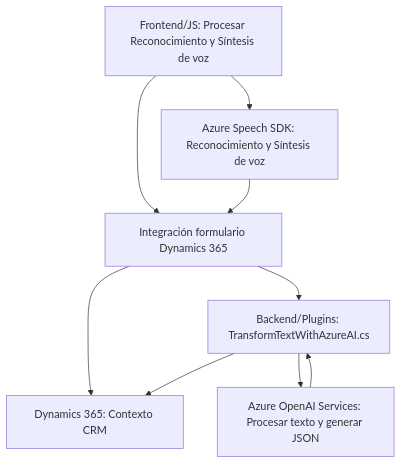
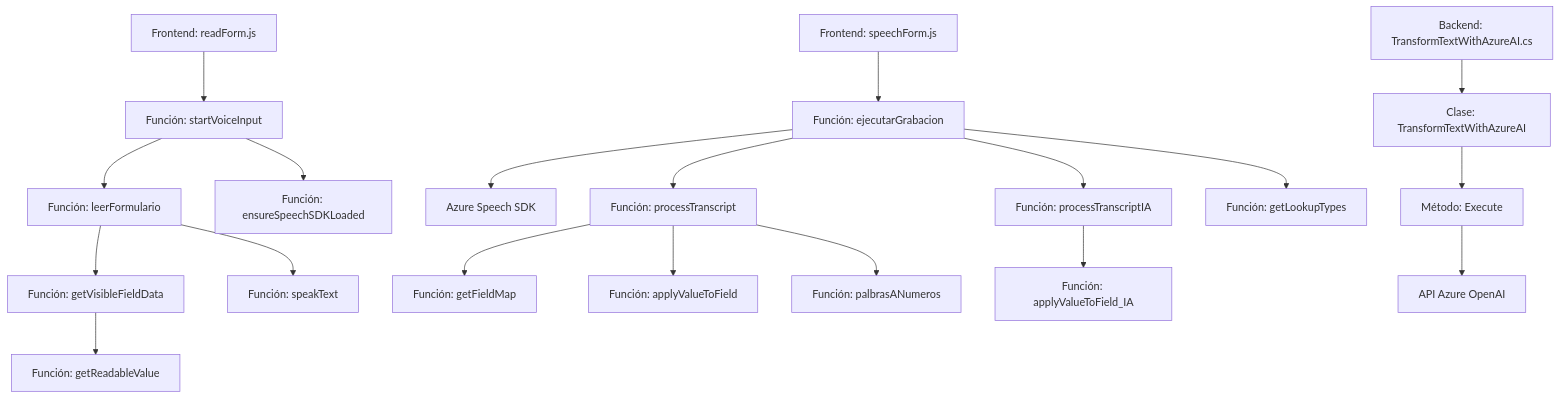
The diagram in README.md (blopezdm/NETCORE_BILBAO2025), drawn with Mermaid before and after one commit. The commit also changed other lines of this file, not shown here.

````diff
--- a/README.md
+++ b/README.md
@@ -29,18 +47,23 @@
 ```mermaid
 graph TD
-    A["Frontend/JS: Procesar Reconocimiento y Síntesis de voz"]
-    B["Azure Speech SDK: Reconocimiento y Síntesis de voz"]
-    C["Integración formulario Dynamics 365"]
-    D["Backend/Plugins: TransformTextWithAzureAI.cs"]
-    E["Azure OpenAI Services: Procesar texto y generar JSON"]
-    F["Dynamics 365: Contexto CRM"]
-    
-    A --> B
-    A --> C
-    C --> F
-    B --> C
-    D --> F
-    D --> E
-    C --> D
-    E --> D
+    A["Frontend: readForm.js"] --> B["Función: startVoiceInput"]
+    B --> C["Función: leerFormulario"]
+    C --> D["Función: getVisibleFieldData"]
+    D --> E["Función: getReadableValue"]
+    C --> F["Función: speakText"]
+    B --> G["Función: ensureSpeechSDKLoaded"]
+
+    H["Frontend: speechForm.js"] --> I["Función: ejecutarGrabacion"]
+    I --> J["Azure Speech SDK"]
+    I --> K["Función: processTranscript"]
+    K --> L["Función: getFieldMap"]
+    K --> M["Función: applyValueToField"]
+    K --> N["Función: palbrasANumeros"]
+    I --> O["Función: processTranscriptIA"]
+    O --> P["Función: applyValueToField_IA"]
+    I --> Q["Función: getLookupTypes"]
+
+    R["Backend: TransformTextWithAzureAI.cs"] --> S["Clase: TransformTextWithAzureAI"]
+    S --> T["Método: Execute"]
+    T --> U["API Azure OpenAI"]
 ```
````
